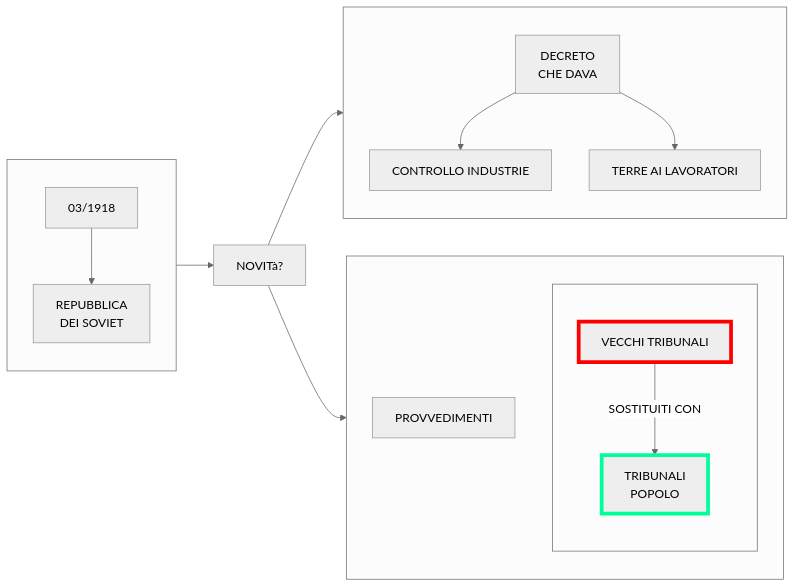
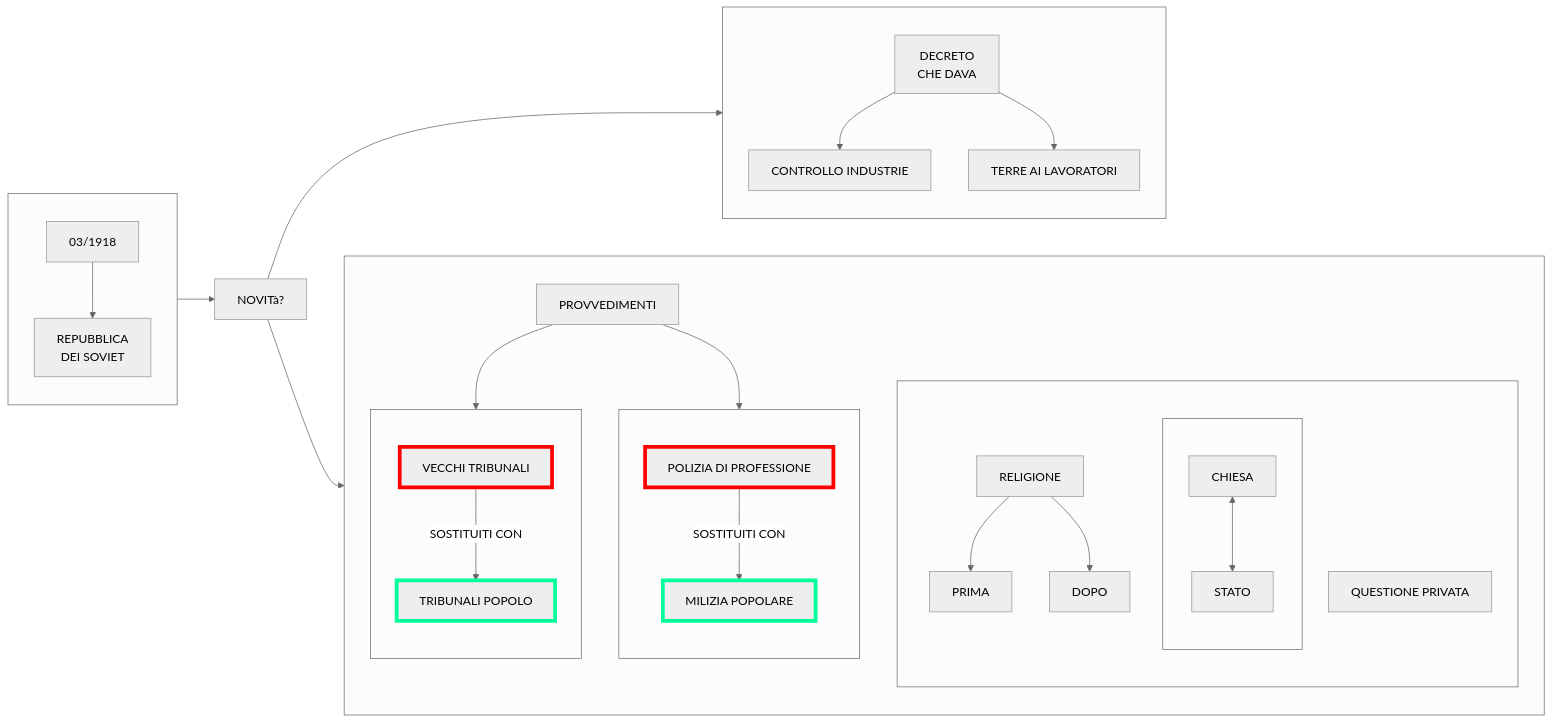
Before and after one commit to Laaouatni/ricerca-storia-MermaidJS: the fourth of 4 diagrams in stalinismo.md, drawn with Mermaid (neutral theme).

````diff
--- a/stalinismo.md
+++ b/stalinismo.md
@@ -118,26 +118,52 @@
 ```mermaid
 flowchart LR
     subgraph 0[" "]
         00[03/1918] -->
         000[REPUBBLICA <br> DEI SOVIET]
     end
     01[NOVITà?]
     subgraph 013[" "]
         direction TB;
         010[DECRETO <br> CHE DAVA]
         011[CONTROLLO INDUSTRIE]
         012[TERRE AI LAVORATORI]
         010 --> 011 & 012
     end
     subgraph 014[" "]
         1[PROVVEDIMENTI]
         subgraph 10[" "]
             100[VECCHI TRIBUNALI]
             style 100 stroke:#ff0000, stroke-width:5px;
-            101[TRIBUNALI <br> POPOLO]
+            101[TRIBUNALI POPOLO]
             style 101 stroke:#00ff99, stroke-width:5px;
             100 -->|SOSTITUITI CON| 101
         end
+        subgraph 11[" "]
+            110[POLIZIA DI PROFESSIONE]
+            style 110 stroke:#ff0000, stroke-width:5px;
+            111[MILIZIA POPOLARE]
+            style 111 stroke:#00ff99, stroke-width:5px;
+            110 -->|SOSTITUITI CON| 111
+        end
+        subgraph 12[" "]
+            120[RELIGIONE]
+            1200[PRIMA]
+            1201[DOPO]
+            subgraph 12000[" "]
+                120000[CHIESA]
+                120001[STATO]
+                120000 <--> 120001
+            end
+            12010[QUESTIONE PRIVATA]
+            120 --> 1200 & 1201
+            
+            %% 120[VECCHI TRIBUNALI]
+            %% style 120 stroke:#ff0000, stroke-width:5px;
+            %% 121[TRIBUNALI POPOLO]
+            %% style 121 stroke:#00ff99, stroke-width:5px;
+            %% 120 -->|SOSTITUITI CON| 121
+        end
+        1 --> 10 & 11
     end
     0 --> 01 --> 013 & 014
 ```
````
